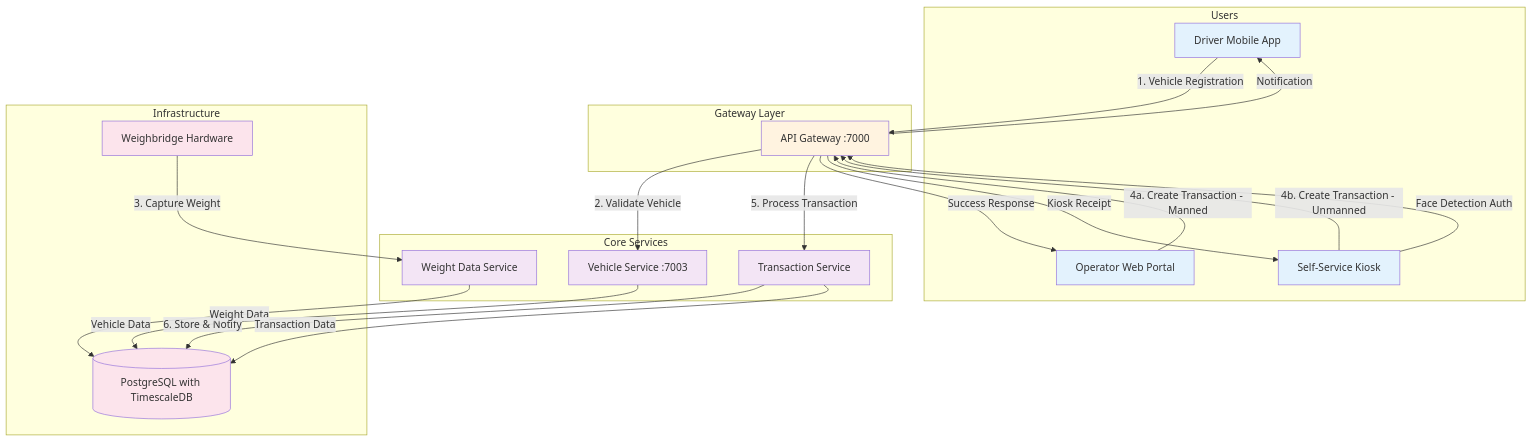
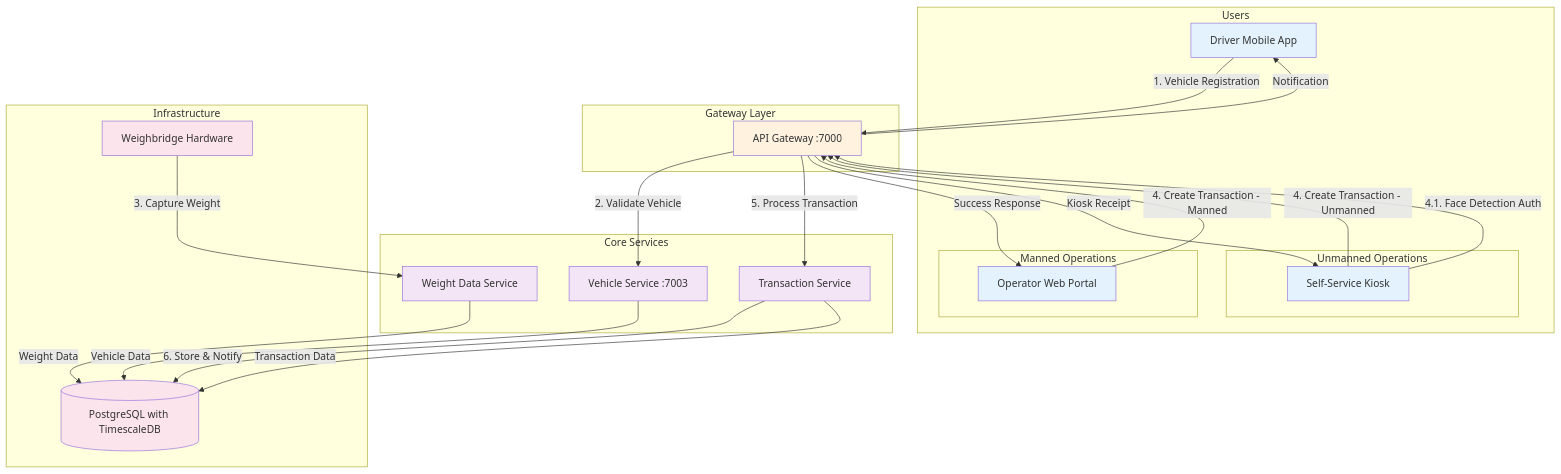
Before and after one commit to Qalitrack/qalitrackservices: the diagram in docs/c4/complete-weighing-transaction-flow.mmd, drawn with Mermaid. The commit also changed 3 other files, not shown here.

```diff
--- a/docs/c4/complete-weighing-transaction-flow.mmd
+++ b/docs/c4/complete-weighing-transaction-flow.mmd
@@ -1,57 +1,63 @@
 flowchart TD
     subgraph "Users"
         Driver[Driver Mobile App]
-        Operator[Operator Web Portal]
-        Kiosk[Self-Service Kiosk]
+        
+        subgraph "Manned Operations"
+            Operator[Operator Web Portal]
+        end
+        
+        subgraph "Unmanned Operations"
+            Kiosk[Self-Service Kiosk]
+        end
     end
     
     subgraph "Gateway Layer"
         Gateway[API Gateway :7000]
     end
     
     subgraph "Core Services"
         VehicleSvc[Vehicle Service :7003]
         WeightSvc[Weight Data Service]
         TransactionSvc[Transaction Service]
     end
     
     subgraph "Infrastructure"
         PostgreSQL[(PostgreSQL with TimescaleDB)]
         Hardware[Weighbridge Hardware]
     end
 
-    %% Simplified flow paths
+    %% Sequential transaction flow
     Driver -->|1. Vehicle Registration| Gateway
     Gateway -->|2. Validate Vehicle| VehicleSvc
     Hardware -->|3. Capture Weight| WeightSvc
     
     %% Manned operations
-    Operator -->|4a. Create Transaction - Manned| Gateway
+    Operator -->|4. Create Transaction - Manned| Gateway
     
     %% Unmanned operations  
-    Kiosk -->|4b. Create Transaction - Unmanned| Gateway
-    Kiosk -->|Face Detection Auth| Gateway
+    Kiosk -->|4. Create Transaction - Unmanned| Gateway
+    Kiosk -->|4.1. Face Detection Auth| Gateway
     
     %% Common transaction processing
     Gateway -->|5. Process Transaction| TransactionSvc
     TransactionSvc -->|6. Store & Notify| PostgreSQL
     
     %% Data storage
     VehicleSvc -->|Vehicle Data| PostgreSQL
     WeightSvc -->|Weight Data| PostgreSQL
     TransactionSvc -->|Transaction Data| PostgreSQL
     
     %% Responses
     Gateway -->|Success Response| Operator
     Gateway -->|Kiosk Receipt| Kiosk
     Gateway -->|Notification| Driver
 
     classDef client fill:#e3f2fd
     classDef gateway fill:#fff3e0
     classDef services fill:#f3e5f5
     classDef infrastructure fill:#fce4ec
     
     class Driver,Operator,Kiosk client
     class Gateway gateway
     class VehicleSvc,WeightSvc,TransactionSvc services
     class PostgreSQL,Hardware infrastructure
```
